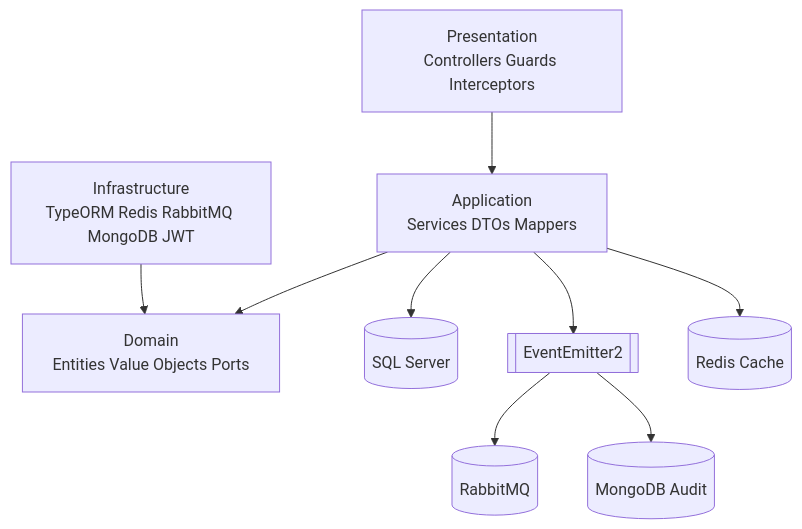
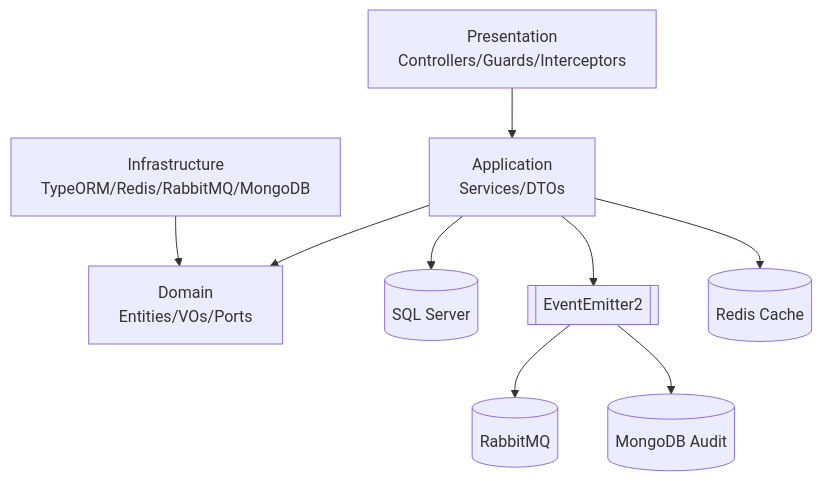
Before and after one commit to Daniel-Q-Reis/aivacol_api: the diagram in README.md, drawn with Mermaid. The commit also changed other lines of this file, not shown here.

````diff
--- a/README.md
+++ b/README.md
@@ -36,12 +96,11 @@
 ```mermaid
 flowchart TD
-  A[Presentation\nControllers Guards Interceptors] --> B[Application\nServices DTOs Mappers]
-  B --> C[Domain\nEntities Value Objects Ports]
-  D[Infrastructure\nTypeORM Redis RabbitMQ MongoDB JWT] --> C
-
+  A[Presentation<br/>Controllers/Guards/Interceptors] --> B[Application<br/>Services/DTOs]
+  B --> C[Domain<br/>Entities/VOs/Ports]
+  D[Infrastructure<br/>TypeORM/Redis/RabbitMQ/MongoDB] --> C
   B --> E[(SQL Server)]
   B --> F[[EventEmitter2]]
   F --> G[(RabbitMQ)]
   F --> H[(MongoDB Audit)]
   B --> I[(Redis Cache)]
 ```
````
